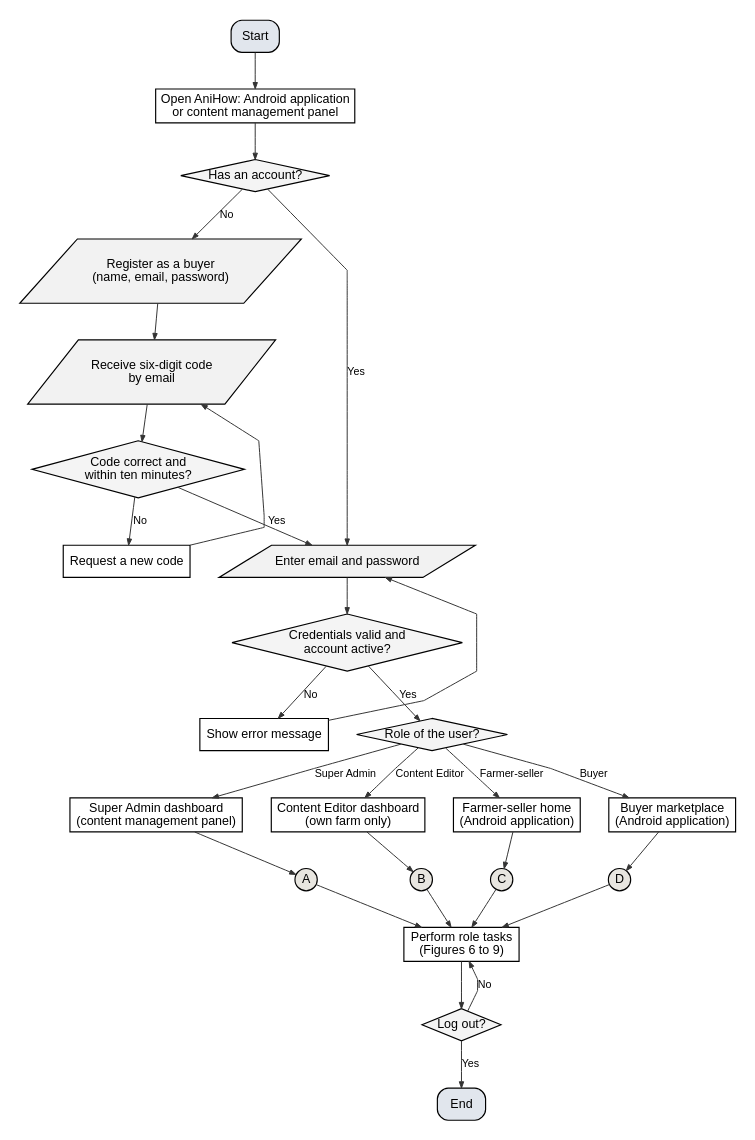
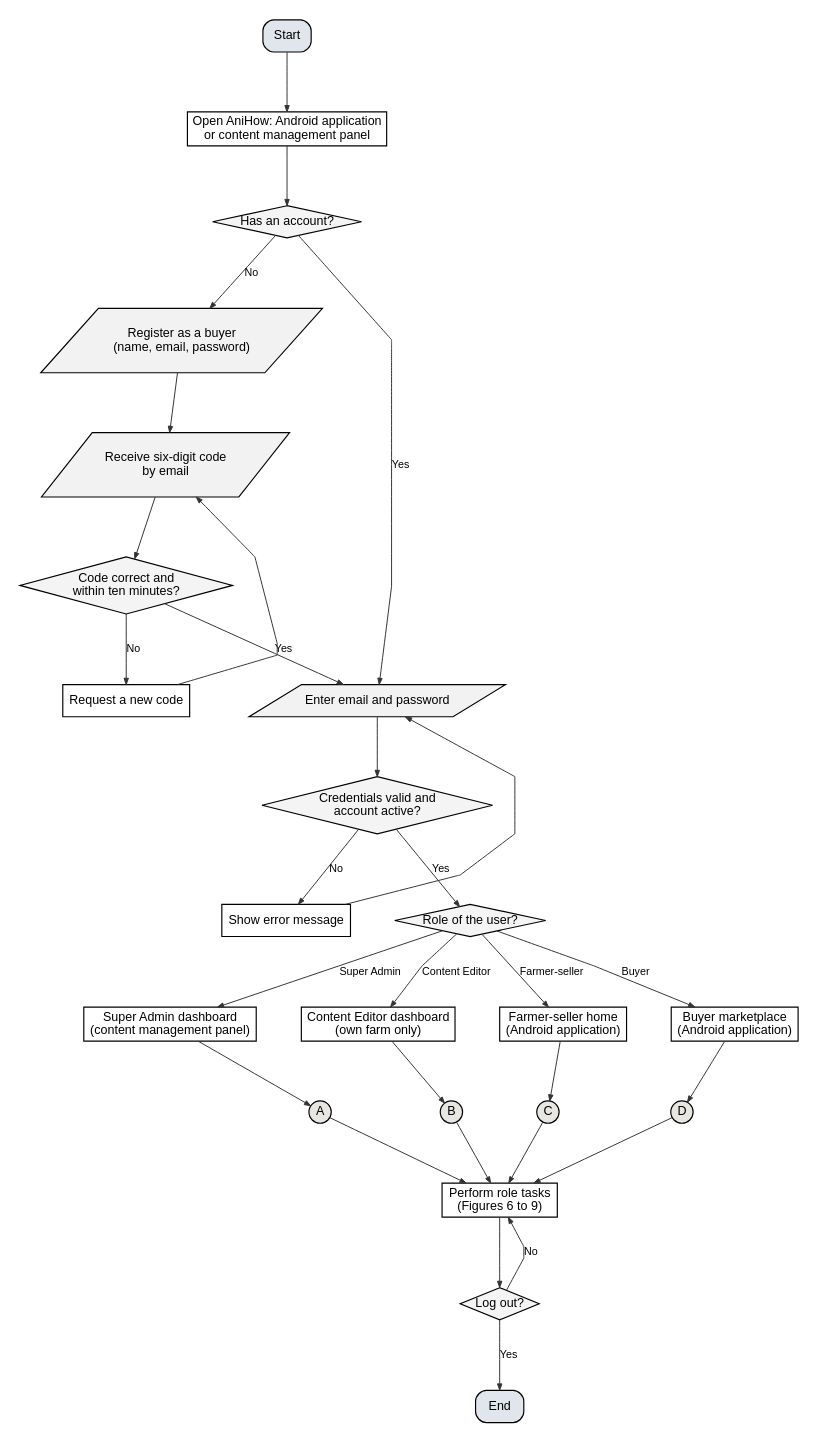
One commit to shawncastaneda11-commits/anihow-backend changed the diagram in docs/manuscript/figures/src/fig5a_flow_overall.dot. Above: the diagram before and after it, drawn with Graphviz.

Commit message:
docs(manuscript): sync overall flowchart .dot with roomier spacing
Regenerated fig5a_flow_overall.dot to match the widened rank/node
separation committed in 1b9e12d. Generated file only; no content change.

Claude-Session: https://claude.ai/code/session_01DHu5teF2E6viwKNN4sP5w4

```diff
--- a/docs/manuscript/figures/src/fig5a_flow_overall.dot
+++ b/docs/manuscript/figures/src/fig5a_flow_overall.dot
@@ -1,57 +1,58 @@
 digraph G {
   graph [rankdir=TB, nodesep=0.45, ranksep=0.55, pad=0.2, fontname="Liberation Sans", newrank=true, splines=polyline];
   node  [fontname="Liberation Sans", fontsize=14, penwidth=1.3, style=filled, fillcolor="#FFFFFF", margin="0.12,0.06"];
   edge  [penwidth=1.1, arrowsize=0.7, color="#333333", fontname="Liberation Sans", fontsize=12];
+  graph [ranksep=0.9, nodesep=0.7];
   s [shape=box, style="rounded,filled", fillcolor="#E1E6ED", label="Start"];
   open [shape=box, label="Open AniHow: Android application\nor content management panel"];
   acct [shape=diamond, fillcolor="#F4F4F4", label="Has an account?", margin="0.02,0.02"];
   reg [shape=parallelogram, fillcolor="#F2F2F2", label="Register as a buyer\n(name, email, password)", margin="0.02,0.04"];
   code [shape=parallelogram, fillcolor="#F2F2F2", label="Receive six-digit code\nby email", margin="0.02,0.04"];
   valid [shape=diamond, fillcolor="#F4F4F4", label="Code correct and\nwithin ten minutes?", margin="0.02,0.02"];
   resend [shape=box, label="Request a new code"];
   login [shape=parallelogram, fillcolor="#F2F2F2", label="Enter email and password", margin="0.02,0.04"];
   ok [shape=diamond, fillcolor="#F4F4F4", label="Credentials valid and\naccount active?", margin="0.02,0.02"];
   err [shape=box, label="Show error message"];
   role [shape=diamond, fillcolor="#F4F4F4", label="Role of the user?", margin="0.02,0.02"];
   sa [shape=box, label="Super Admin dashboard\n(content management panel)"];
   ce [shape=box, label="Content Editor dashboard\n(own farm only)"];
   fs [shape=box, label="Farmer-seller home\n(Android application)"];
   by [shape=box, label="Buyer marketplace\n(Android application)"];
   csa [shape=circle, width=0.35, fixedsize=true, fillcolor="#E8E6E0", label="A"];
   sa -> csa;
   cce [shape=circle, width=0.35, fixedsize=true, fillcolor="#E8E6E0", label="B"];
   ce -> cce;
   cfs [shape=circle, width=0.35, fixedsize=true, fillcolor="#E8E6E0", label="C"];
   fs -> cfs;
   cby [shape=circle, width=0.35, fixedsize=true, fillcolor="#E8E6E0", label="D"];
   by -> cby;
   tasks [shape=box, label="Perform role tasks\n(Figures 6 to 9)"];
   out [shape=diamond, fillcolor="#F4F4F4", label="Log out?", margin="0.02,0.02"];
   end [shape=box, style="rounded,filled", fillcolor="#E1E6ED", label="End"];
   s -> open;
   open -> acct;
   acct -> reg [label="No"];
   reg -> code;
   code -> valid;
   valid -> resend [label="No"];
   resend -> code [constraint=false];
   valid -> login [label="Yes"];
   acct -> login [label="Yes"];
   login -> ok;
   ok -> err [label="No"];
   err -> login [constraint=false];
   ok -> role [label="Yes"];
   role -> sa [label="Super Admin"];
   role -> ce [label="Content Editor"];
   role -> fs [label="Farmer-seller"];
   role -> by [label="Buyer"];
   csa -> tasks;
   cce -> tasks;
   cfs -> tasks;
   cby -> tasks;
   tasks -> out;
   out -> tasks [label="No", constraint=false];
   out -> end [label="Yes"];
   {rank=same; sa ce fs by}
   {rank=same; csa cce cfs cby}
 }
```
